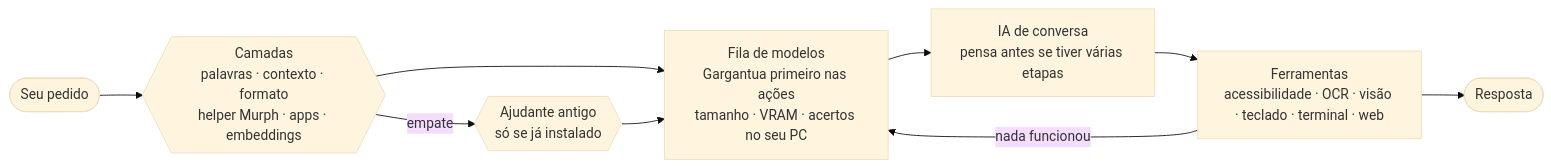
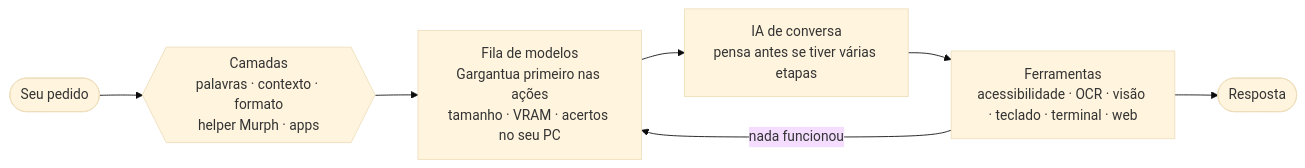
Before and after one commit to project-opentars/openTars-lightweight-local-addon: the diagram in README.md, drawn with Mermaid (base theme). The commit also changed other lines of this file and 1 other file, not shown here.

````diff
--- a/README.md
+++ b/README.md
@@ -162,10 +175,9 @@
 ```mermaid
 flowchart LR
-    P([Seu pedido]) --> L{{"Camadas<br/>palavras · contexto · formato<br/>helper Murph · apps · embeddings"}}
-    L -- "empate" --> A{{"Ajudante antigo<br/>só se já instalado"}}
-    L & A --> M["Fila de modelos<br/>Gargantua primeiro nas ações<br/>tamanho · VRAM · acertos no seu PC"]
+    P([Seu pedido]) --> L{{"Camadas<br/>palavras · contexto · formato<br/>helper Murph · apps"}}
+    L --> M["Fila de modelos<br/>Gargantua primeiro nas ações<br/>tamanho · VRAM · acertos no seu PC"]
     M --> IA["IA de conversa<br/>pensa antes se tiver várias etapas"]
     IA --> F["Ferramentas<br/>acessibilidade · OCR · visão · teclado · terminal · web"]
     F -- "nada funcionou" --> M
     F --> S([Resposta])
 ```
````
